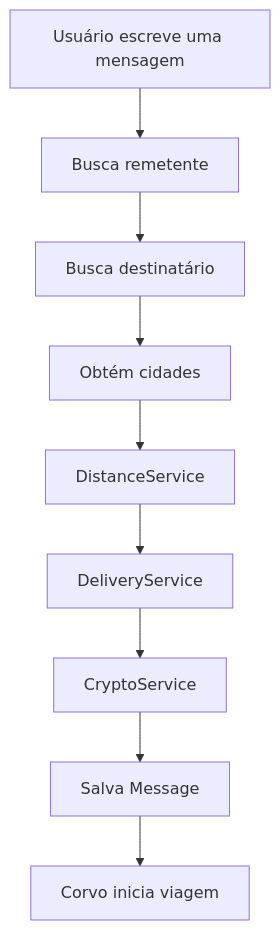
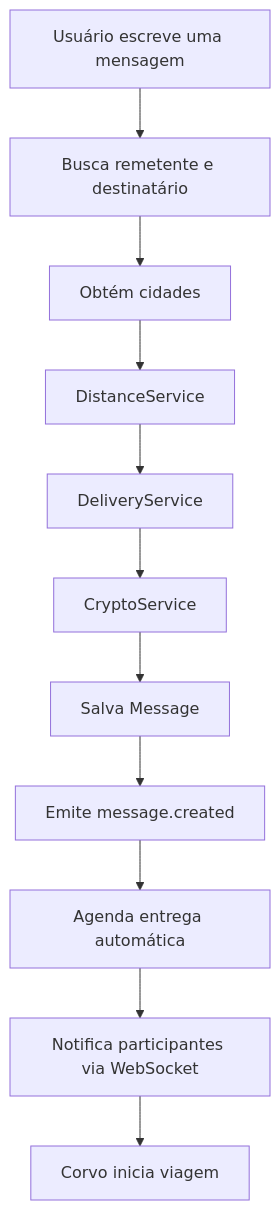
One commit to lenodeoliveira/corvo-zap changed the first of 4 diagrams in README.md. Above: the diagram before and after it, drawn with Mermaid. The commit also changed other lines of this file, not shown here.

````diff
--- a/README.md
+++ b/README.md
@@ -73,21 +118,25 @@
 ```mermaid
 flowchart TD
 
 A[Usuário escreve uma mensagem]
 
-A --> B[Busca remetente]
+A --> B[Busca remetente e destinatário]
 
-B --> C[Busca destinatário]
+B --> C[Obtém cidades]
 
-C --> D[Obtém cidades]
+C --> D[DistanceService]
 
-D --> E[DistanceService]
+D --> E[DeliveryService]
 
-E --> F[DeliveryService]
+E --> F[CryptoService]
 
-F --> G[CryptoService]
+F --> G[Salva Message]
 
-G --> H[Salva Message]
+G --> H[Emite message.created]
 
-H --> I[Corvo inicia viagem]
+H --> I[Agenda entrega automática]
+
+I --> J[Notifica participantes via WebSocket]
+
+J --> K[Corvo inicia viagem]
 ```
````
